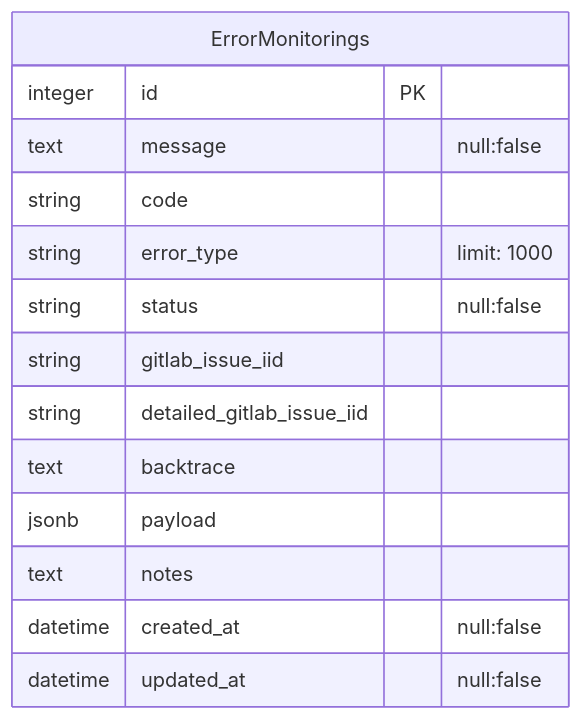
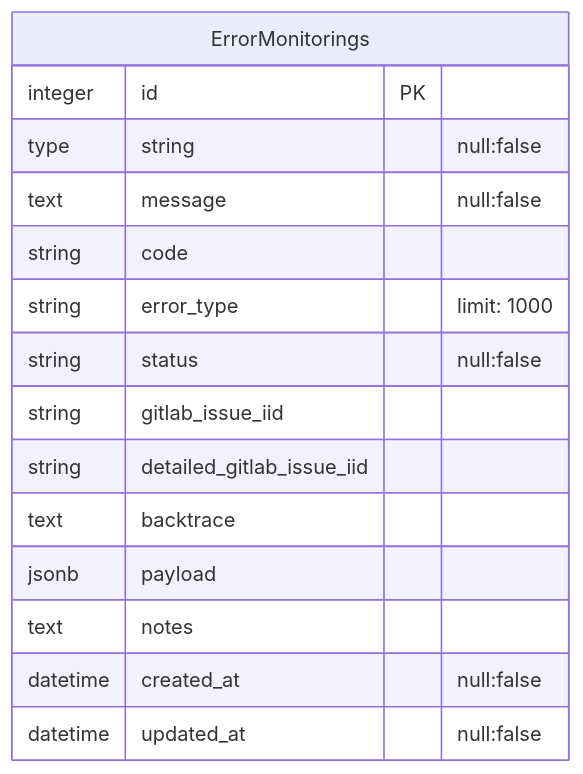
The first of 3 diagrams in content/handbook/engineering/architecture/design-documents/cdot_error_reporting/_index.md (zalyoung/gitlab-handbook), drawn with Mermaid before and after one commit. The commit also changed other lines of this file, not shown here.

Commit message:
Add more information on the use of type column and Salesforce

````diff
--- a/content/handbook/engineering/architecture/design-documents/cdot_error_reporting/_index.md
+++ b/content/handbook/engineering/architecture/design-documents/cdot_error_reporting/_index.md
@@ -61,17 +61,18 @@
 ```mermaid
 erDiagram
   "ErrorMonitorings" {
     integer id PK
+    type string "null:false"
     text message "null:false"
     string code
     string error_type "limit: 1000"
     string status "null:false"
     string gitlab_issue_iid
     string detailed_gitlab_issue_iid
     text backtrace
     jsonb payload
     text notes
     datetime created_at "null:false"
     datetime updated_at "null:false"
   }
 ```
````
